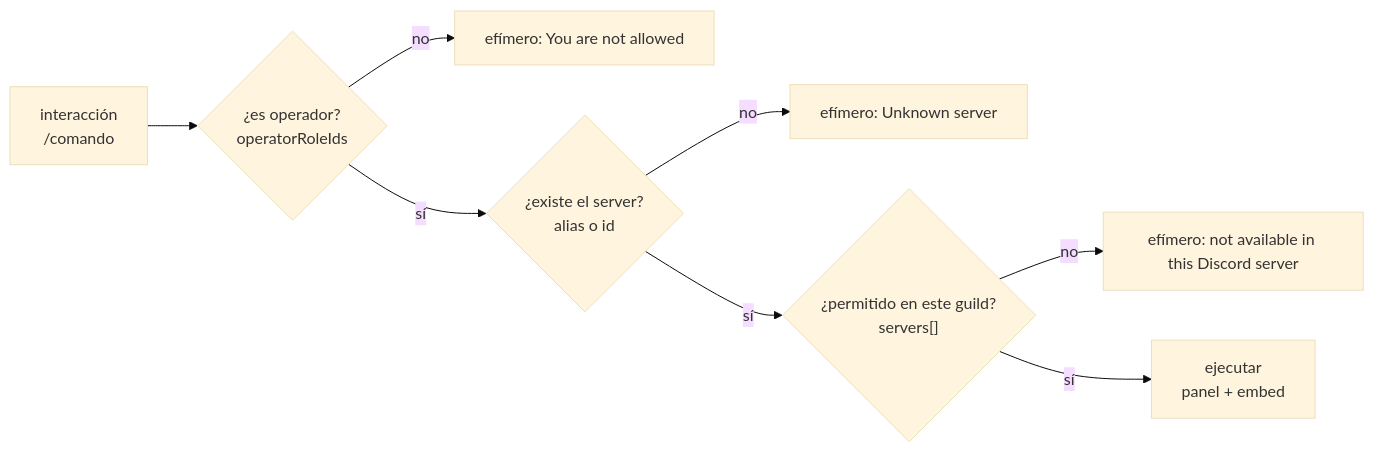
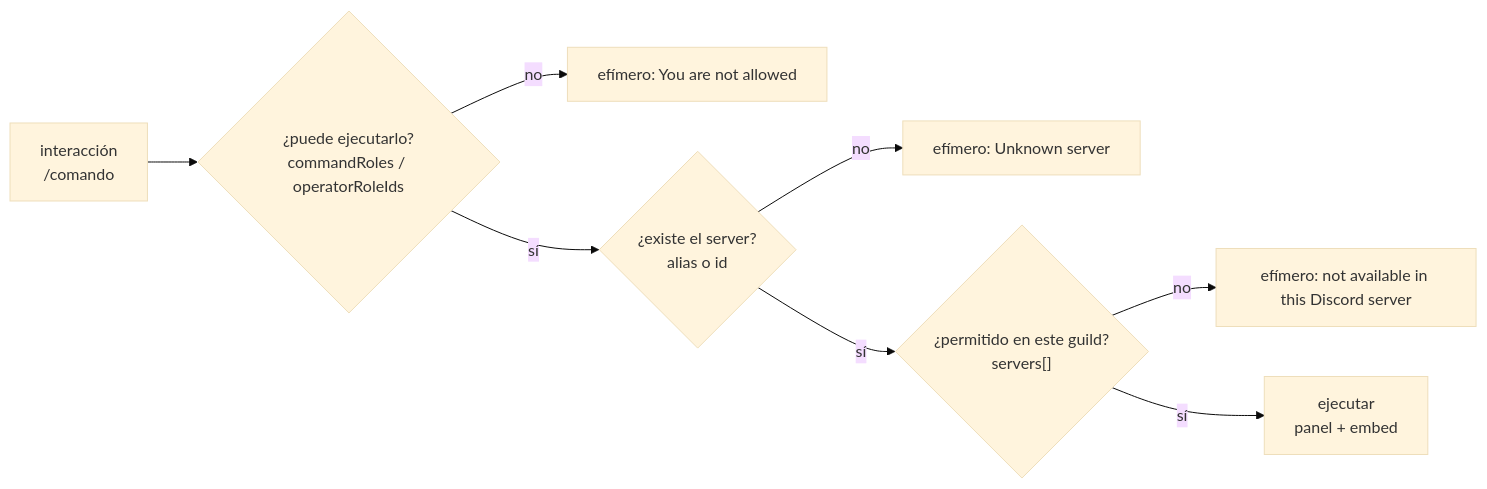
Before and after one commit to neyzerth/gameap-discord: the first of 2 diagrams in docs/es/commands.md, drawn with Mermaid (base theme). The commit also changed other lines of this file and 18 other files, not shown here.

First line of the commit message:
feat(permissions): per-command operator roles via commandRoles

````diff
--- a/docs/es/commands.md
+++ b/docs/es/commands.md
@@ -9,10 +9,10 @@
 ```mermaid
 flowchart LR
-  I["interacción<br/>/comando"] --> G1{"¿es operador?<br/>operatorRoleIds"}
+  I["interacción<br/>/comando"] --> G1{"¿puede ejecutarlo?<br/>commandRoles / operatorRoleIds"}
   G1 -- no --> E1["efímero: You are not allowed"]
   G1 -- sí --> G2{"¿existe el server?<br/>alias o id"}
   G2 -- no --> E2["efímero: Unknown server"]
   G2 -- sí --> G3{"¿permitido en este guild?<br/>servers[]"}
   G3 -- no --> E3["efímero: not available in this Discord server"]
   G3 -- sí --> RUN["ejecutar<br/>panel + embed"]
 ```
````
